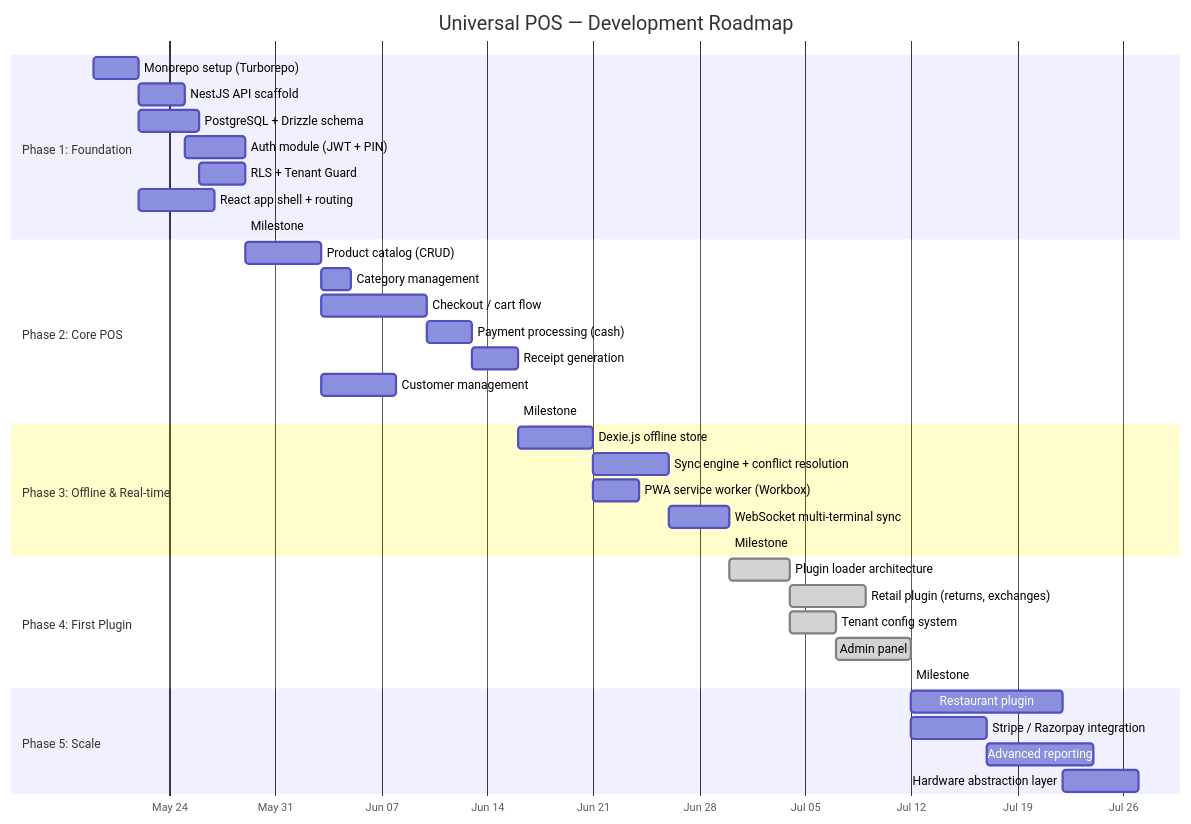
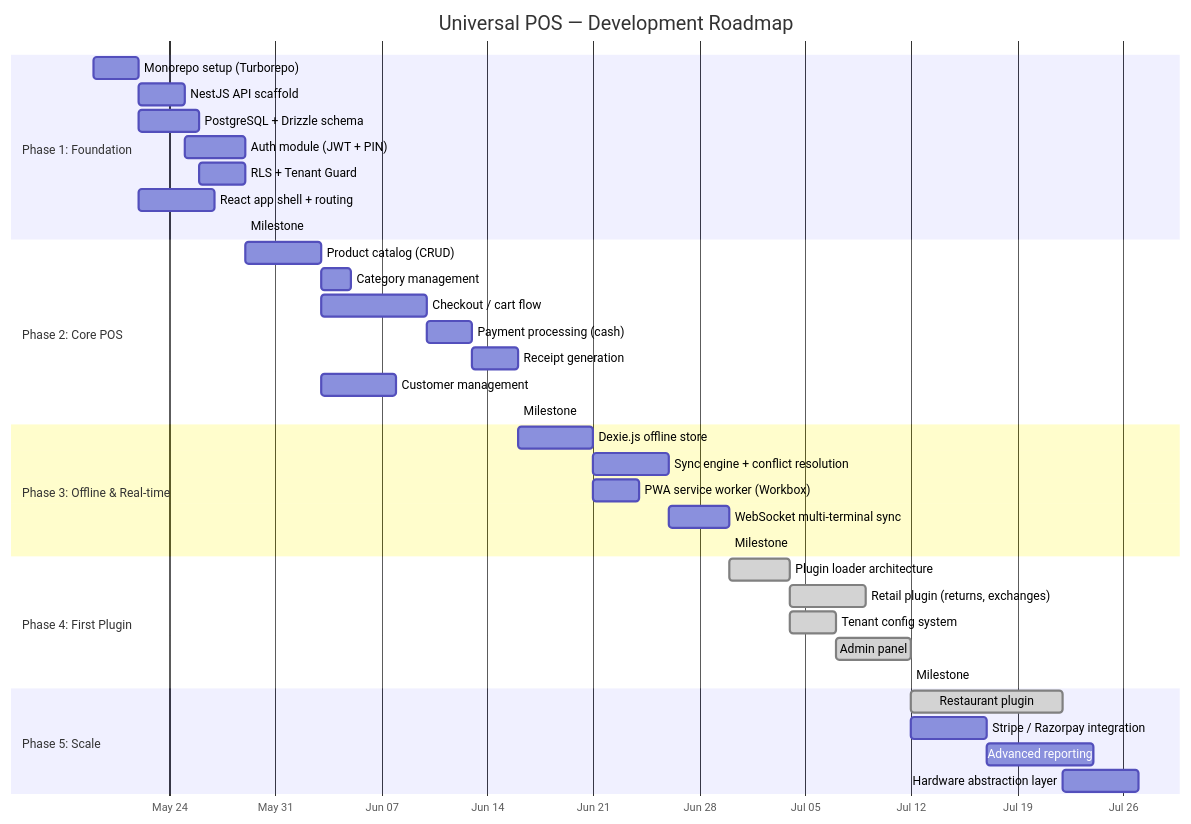
One commit to asif7774/Universal-POS changed the diagram in docs/universal_pos_project_hub.md. Above: the diagram before and after it, drawn with Mermaid. The commit also changed 3 other files, not shown here.

First line of the commit message:
feat(M5): Add Restaurant Plugin

````diff
--- a/docs/universal_pos_project_hub.md
+++ b/docs/universal_pos_project_hub.md
@@ -282,44 +282,44 @@
 ```mermaid
 gantt
     title Universal POS — Development Roadmap
     dateFormat  YYYY-MM-DD
     axisFormat  %b %d
 
     section Phase 1: Foundation
     Monorepo setup (Turborepo)           :p1a, 2026-05-19, 3d
     NestJS API scaffold                  :p1b, after p1a, 3d
     PostgreSQL + Drizzle schema          :p1c, after p1a, 4d
     Auth module (JWT + PIN)              :p1d, after p1b, 4d
     RLS + Tenant Guard                   :p1e, after p1c, 3d
     React app shell + routing            :p1f, after p1a, 5d
     Milestone: Foundation Ready          :milestone, after p1e, 0d
 
     section Phase 2: Core POS
     Product catalog (CRUD)               :p2a, after p1e, 5d
     Category management                  :p2b, after p2a, 2d
     Checkout / cart flow                  :p2c, after p2a, 7d
     Payment processing (cash)            :p2d, after p2c, 3d
     Receipt generation                   :p2e, after p2d, 3d
     Customer management                  :p2f, after p2a, 5d
     Milestone: Core POS Working          :milestone, after p2e, 0d
 
     section Phase 3: Offline & Real-time
     Dexie.js offline store               :p3a, after p2e, 5d
     Sync engine + conflict resolution    :p3b, after p3a, 5d
     PWA service worker (Workbox)         :p3c, after p3a, 3d
     WebSocket multi-terminal sync        :p3d, after p3b, 4d
     Milestone: Offline-First Complete    :milestone, after p3d, 0d
 
     section Phase 4: First Plugin
     Plugin loader architecture           :done, p4a, after p3d, 4d
     Retail plugin (returns, exchanges)   :done, p4b, after p4a, 5d
     Tenant config system                 :done, p4c, after p4a, 3d
     Admin panel                          :done, p4d, after p4c, 5d
     Milestone: MVP Ready                 :milestone, after p4d, 0d
 
     section Phase 5: Scale
-    Restaurant plugin                    :p5a, after p4d, 10d
+    Restaurant plugin                    :done, p5a, after p4d, 10d
     Stripe / Razorpay integration        :p5b, after p4d, 5d
     Advanced reporting                   :p5c, after p5b, 7d
     Hardware abstraction layer           :p5d, after p5a, 5d
 ```
````
